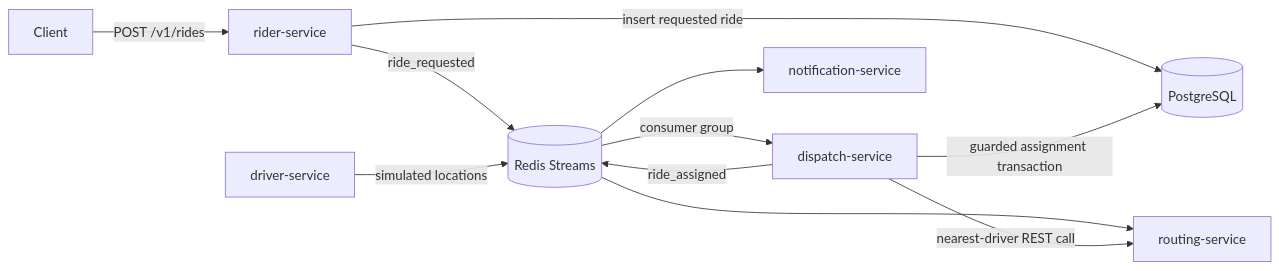
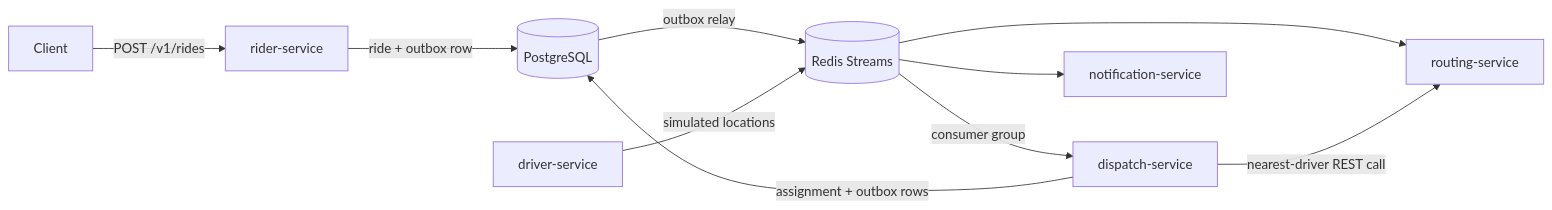
The diagram in README.md (96528025/MetroRide), drawn with Mermaid before and after one commit. The commit also changed other lines of this file and 15 other files, not shown here.

````diff
--- a/README.md
+++ b/README.md
@@ -29,13 +30,12 @@
 ```mermaid
 flowchart LR
     Client[Client] -->|POST /v1/rides| Rider[rider-service]
-    Rider -->|insert requested ride| DB[(PostgreSQL)]
-    Rider -->|ride_requested| Redis[(Redis Streams)]
+    Rider -->|ride + outbox row| DB[(PostgreSQL)]
+    DB -->|outbox relay| Redis[(Redis Streams)]
     Redis -->|consumer group| Dispatch[dispatch-service]
     Driver[driver-service] -->|simulated locations| Redis
     Redis --> Routing[routing-service]
     Dispatch -->|nearest-driver REST call| Routing
-    Dispatch -->|guarded assignment transaction| DB
-    Dispatch -->|ride_assigned| Redis
+    Dispatch -->|assignment + outbox rows| DB
     Redis --> Notification[notification-service]
 ```
````
